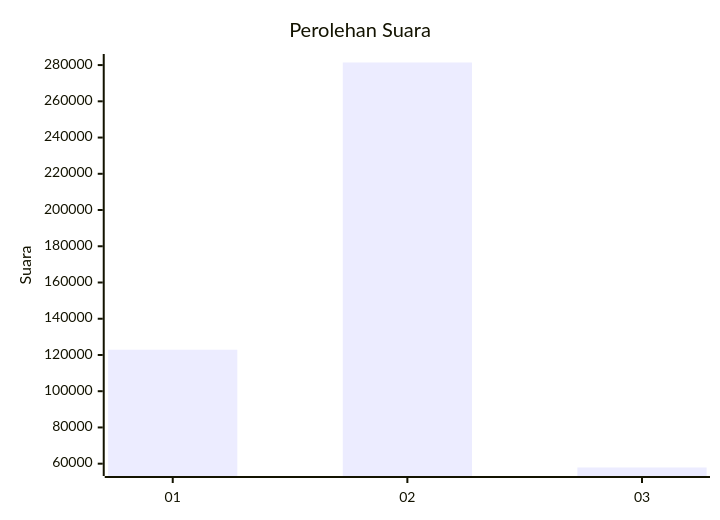
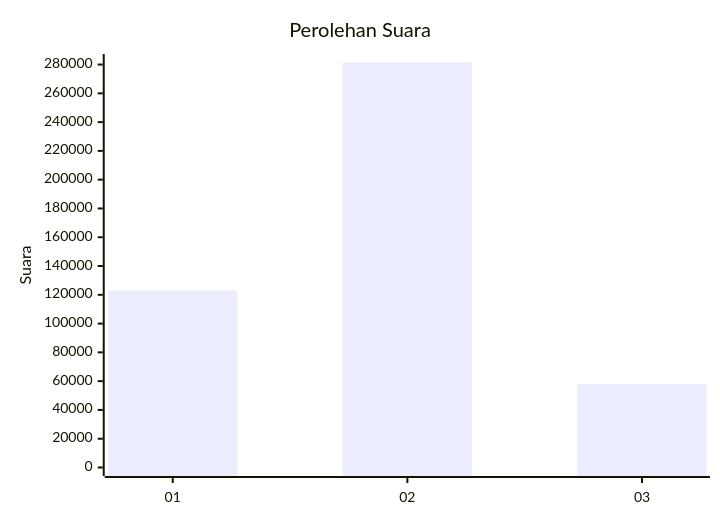
The first of 2 diagrams in pilpres/hitung-suara/sub/table-wilayah-82.md (gigit-pemilu/pemilu-2024), drawn with Mermaid before and after one commit. The commit also changed 42 other files, not shown here.

````diff
--- a/pilpres/hitung-suara/sub/table-wilayah-82.md
+++ b/pilpres/hitung-suara/sub/table-wilayah-82.md
@@ -7,7 +7,7 @@
 ```mermaid
 xychart-beta
     title "Perolehan Suara"
     x-axis [01, 02, 03]
-    y-axis "Suara"
+    y-axis "Suara" 0 --> 281423
     bar [122897, 281423, 57893]
 ```
````
